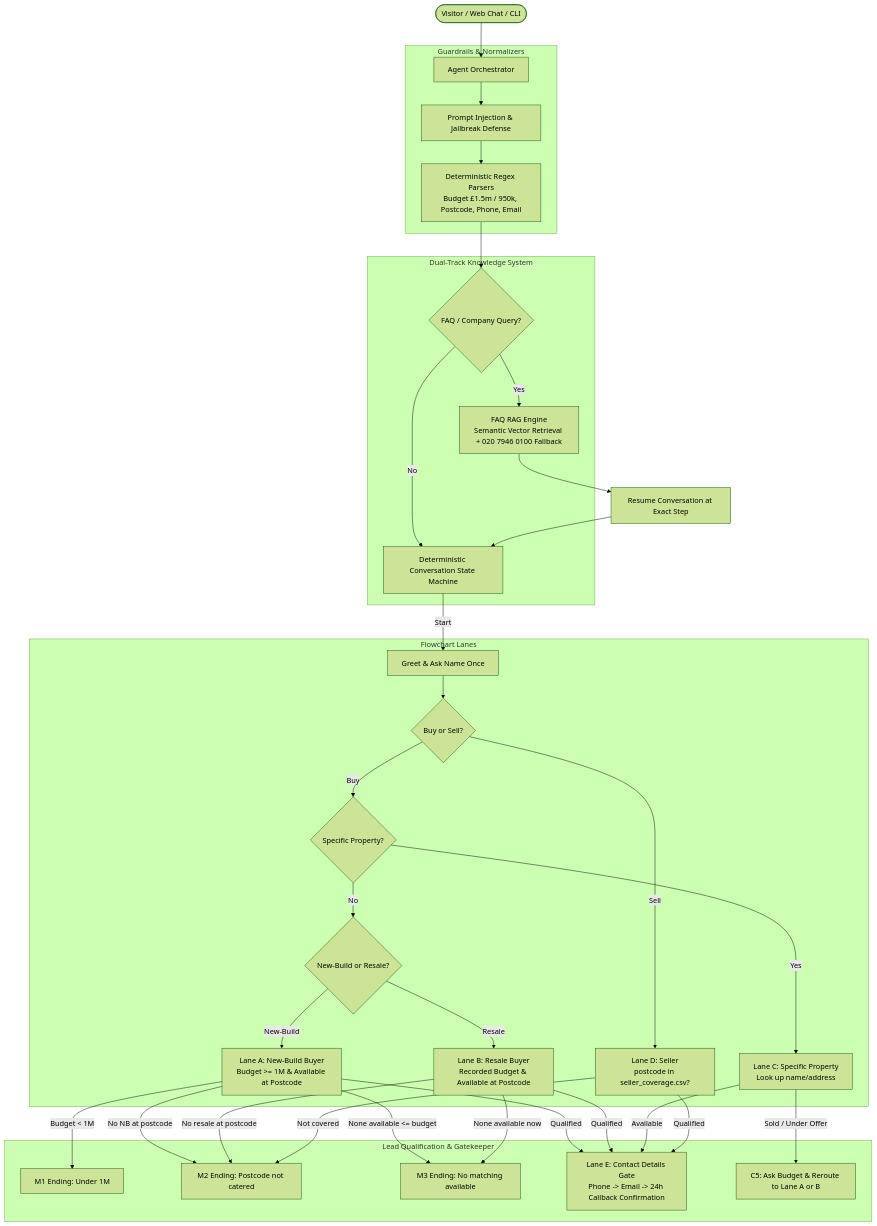
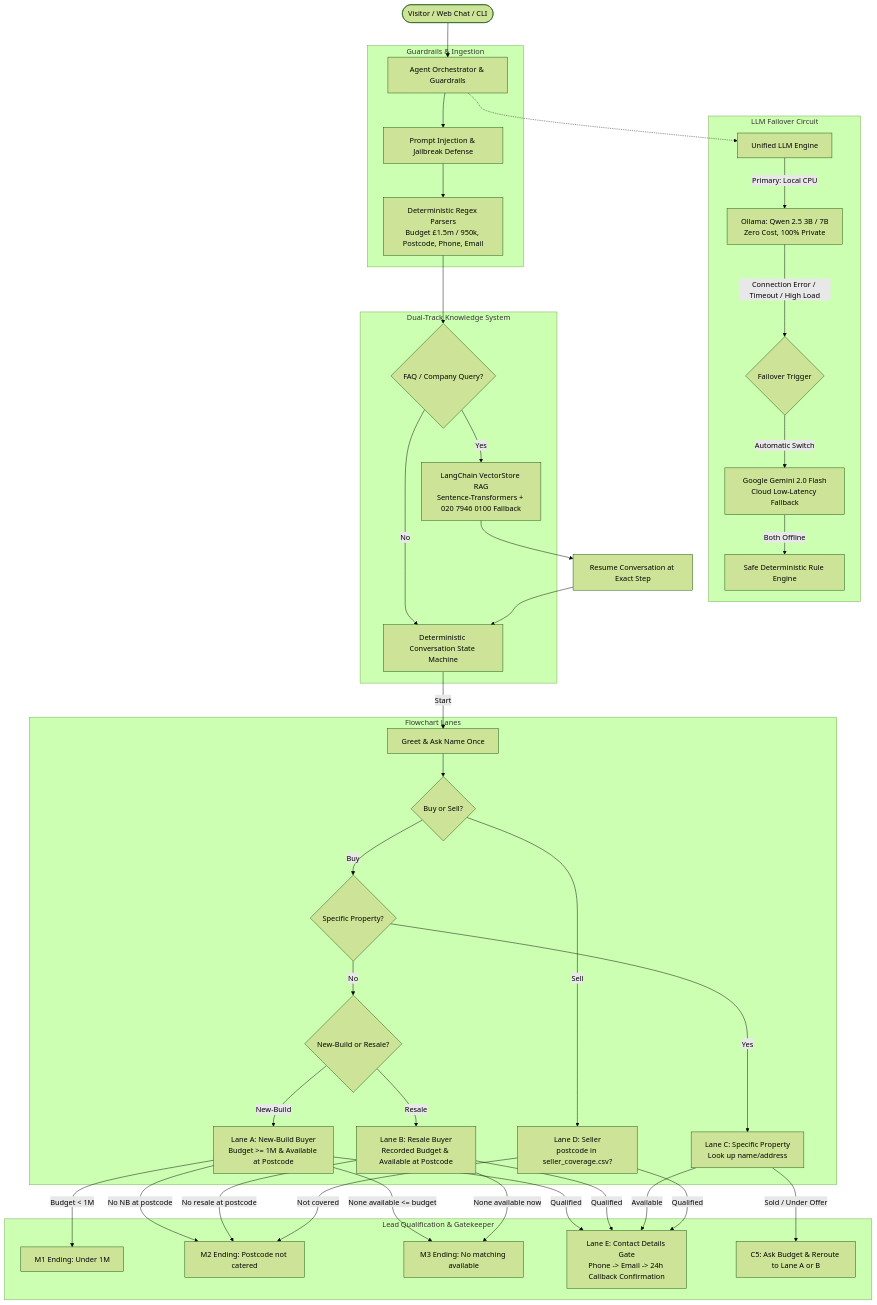
One commit to preethikaa-k/Lead-Qualification-AI-Chatbot changed the diagram in README.md. Above: the diagram before and after it, drawn with Mermaid (forest theme). The commit also changed other lines of this file and 40 other files, not shown here.

Commit message:
chore: optimize dockerfile, add .dockerignore, untrack pycache, and include langgraph architecture

````diff
--- a/README.md
+++ b/README.md
@@ -16,49 +25,57 @@
 ```mermaid
 flowchart TD
-    User([Visitor / Web Chat / CLI]) --> Router[Agent Orchestrator]
+    User([Visitor / Web Chat / CLI]) --> Router[Agent Orchestrator & Guardrails]
     
-    subgraph Guardrails & Normalizers
+    subgraph Guardrails & Ingestion
         Router --> InjectionGuard[Prompt Injection & Jailbreak Defense]
         InjectionGuard --> InputParsers[Deterministic Regex Parsers\nBudget £1.5m / 950k, Postcode, Phone, Email]
     end
 
+    subgraph LLM Failover Circuit
+        Router -.-> LLMOrchestrator[Unified LLM Engine]
+        LLMOrchestrator -->|Primary: Local CPU| Qwen[Ollama: Qwen 2.5 3B / 7B\nZero Cost, 100% Private]
+        Qwen -->|Connection Error / Timeout / High Load| FailoverTrigger{Failover Trigger}
+        FailoverTrigger -->|Automatic Switch| Gemini[Google Gemini 2.0 Flash\nCloud Low-Latency Fallback]
+        Gemini -->|Both Offline| RuleFallback[Safe Deterministic Rule Engine]
+    end
+
     subgraph Dual-Track Knowledge System
         InputParsers --> FAQCheck{FAQ / Company Query?}
-        FAQCheck -->|Yes| FAQRAG[FAQ RAG Engine\nSemantic Vector Retrieval + 020 7946 0100 Fallback]
+        FAQCheck -->|Yes| FAQRAG[LangChain VectorStore RAG\nSentence-Transformers + 020 7946 0100 Fallback]
         FAQCheck -->|No| FlowGraph[Deterministic Conversation State Machine]
     end
 
     subgraph Flowchart Lanes
         FlowGraph -->|Start| S[Greet & Ask Name Once]
         S --> BS{Buy or Sell?}
         
         BS -->|Sell| LaneD[Lane D: Seller\npostcode in seller_coverage.csv?]
         BS -->|Buy| SpecProp{Specific Property?}
         
         SpecProp -->|Yes| LaneC[Lane C: Specific Property\nLook up name/address]
         SpecProp -->|No| CatChoice{New-Build or Resale?}
         
         CatChoice -->|New-Build| LaneA[Lane A: New-Build Buyer\nBudget >= 1M & Available at Postcode]
         CatChoice -->|Resale| LaneB[Lane B: Resale Buyer\nRecorded Budget & Available at Postcode]
     end
 
     subgraph Lead Qualification & Gatekeeper
         LaneA -->|Budget < 1M| M1[M1 Ending: Under 1M]
         LaneA -->|No NB at postcode| M2[M2 Ending: Postcode not catered]
         LaneA -->|None available <= budget| M3[M3 Ending: No matching available]
         LaneA -->|Qualified| LaneE[Lane E: Contact Details Gate\nPhone -> Email -> 24h Callback Confirmation]
 
         LaneB -->|No resale at postcode| M2
         LaneB -->|None available now| M3
         LaneB -->|Qualified| LaneE
 
         LaneC -->|Available| LaneE
         LaneC -->|Sold / Under Offer| C_Reroute[C5: Ask Budget & Reroute to Lane A or B]
 
         LaneD -->|Not covered| M2
         LaneD -->|Qualified| LaneE
     end
 
     FAQRAG --> Resume[Resume Conversation at Exact Step]
     Resume --> FlowGraph
 ```
````
